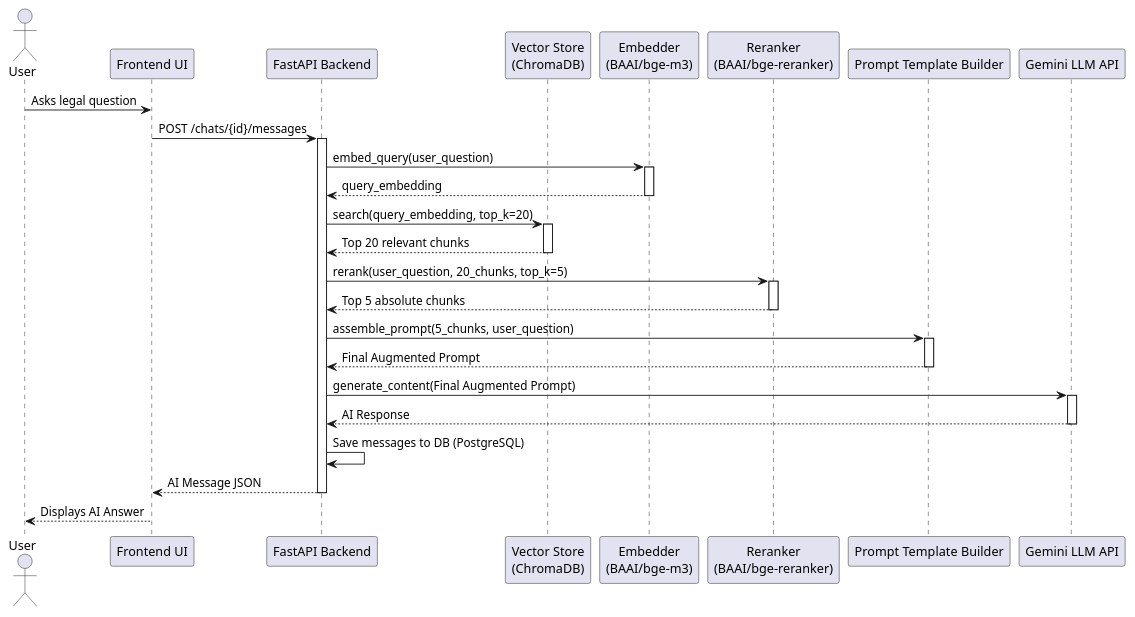
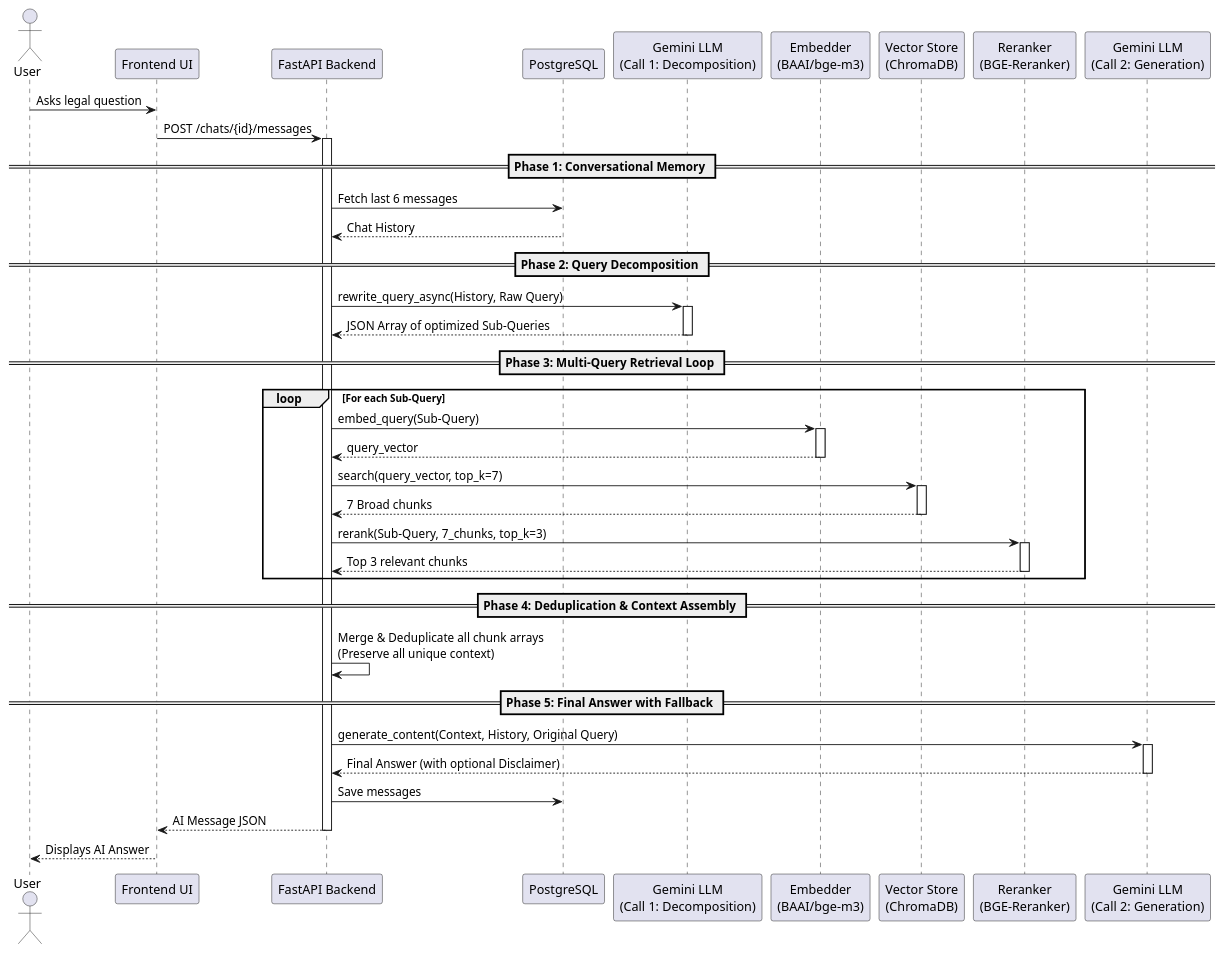
Before and after one commit to amtout-oualid/chatBotJuridiques-RAG-PFA: the diagram in chatBotJuridiques-RAG-PFA/UML_DB_Roots/UML/seq_rag_pipeline.puml, drawn with PlantUML. The commit also changed 106 other files, not shown here.

```diff
--- a/chatBotJuridiques-RAG-PFA/UML_DB_Roots/UML/seq_rag_pipeline.puml
+++ b/chatBotJuridiques-RAG-PFA/UML_DB_Roots/UML/seq_rag_pipeline.puml
@@ -1,45 +1,58 @@
 @startuml
 actor User
 participant "Frontend UI" as UI
 participant "FastAPI Backend" as Backend
+participant "PostgreSQL" as DB
+participant "Gemini LLM\n(Call 1: Decomposition)" as Gemini1
+participant "Embedder\n(BAAI/bge-m3)" as Embedder
 participant "Vector Store\n(ChromaDB)" as Chroma
-participant "Embedder\n(BAAI/bge-m3)" as Embedder
-participant "Reranker\n(BAAI/bge-reranker)" as Reranker
-participant "Prompt Template Builder" as PromptBuilder
-participant "Gemini LLM API" as Gemini
+participant "Reranker\n(BGE-Reranker)" as Reranker
+participant "Gemini LLM\n(Call 2: Generation)" as Gemini2
 
 User -> UI : Asks legal question
 UI -> Backend : POST /chats/{id}/messages
 activate Backend
 
-Backend -> Embedder : embed_query(user_question)
-activate Embedder
-Embedder --> Backend : query_embedding
-deactivate Embedder
+== Phase 1: Conversational Memory ==
+Backend -> DB : Fetch last 6 messages
+DB --> Backend : Chat History
 
-Backend -> Chroma : search(query_embedding, top_k=20)
-activate Chroma
-Chroma --> Backend : Top 20 relevant chunks
-deactivate Chroma
+== Phase 2: Query Decomposition ==
+Backend -> Gemini1 : rewrite_query_async(History, Raw Query)
+activate Gemini1
+Gemini1 --> Backend : JSON Array of optimized Sub-Queries
+deactivate Gemini1
 
-Backend -> Reranker : rerank(user_question, 20_chunks, top_k=5)
-activate Reranker
-Reranker --> Backend : Top 5 absolute chunks
-deactivate Reranker
+== Phase 3: Multi-Query Retrieval Loop ==
+loop For each Sub-Query
+    Backend -> Embedder : embed_query(Sub-Query)
+    activate Embedder
+    Embedder --> Backend : query_vector
+    deactivate Embedder
 
-Backend -> PromptBuilder : assemble_prompt(5_chunks, user_question)
-activate PromptBuilder
-PromptBuilder --> Backend : Final Augmented Prompt
-deactivate PromptBuilder
+    Backend -> Chroma : search(query_vector, top_k=7)
+    activate Chroma
+    Chroma --> Backend : 7 Broad chunks
+    deactivate Chroma
 
-Backend -> Gemini : generate_content(Final Augmented Prompt)
-activate Gemini
-Gemini --> Backend : AI Response
-deactivate Gemini
+    Backend -> Reranker : rerank(Sub-Query, 7_chunks, top_k=3)
+    activate Reranker
+    Reranker --> Backend : Top 3 relevant chunks
+    deactivate Reranker
+end
 
-Backend -> Backend : Save messages to DB (PostgreSQL)
+== Phase 4: Deduplication & Context Assembly ==
+Backend -> Backend : Merge & Deduplicate all chunk arrays\n(Preserve all unique context)
 
+== Phase 5: Final Answer with Fallback ==
+Backend -> Gemini2 : generate_content(Context, History, Original Query)
+activate Gemini2
+Gemini2 --> Backend : Final Answer (with optional Disclaimer)
+deactivate Gemini2
+
+Backend -> DB : Save messages
 Backend --> UI : AI Message JSON
 deactivate Backend
+
 UI --> User : Displays AI Answer
 @enduml
```
